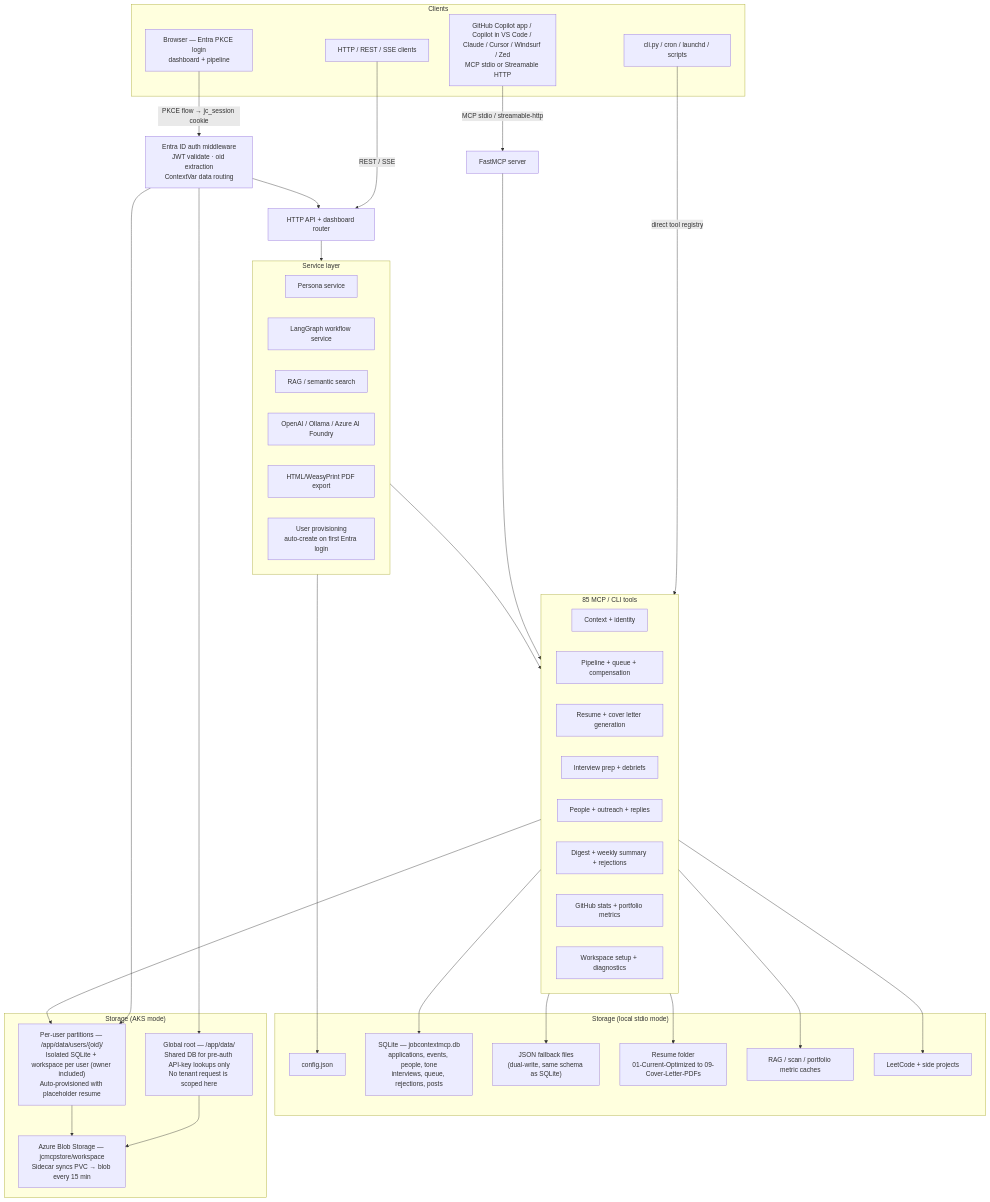
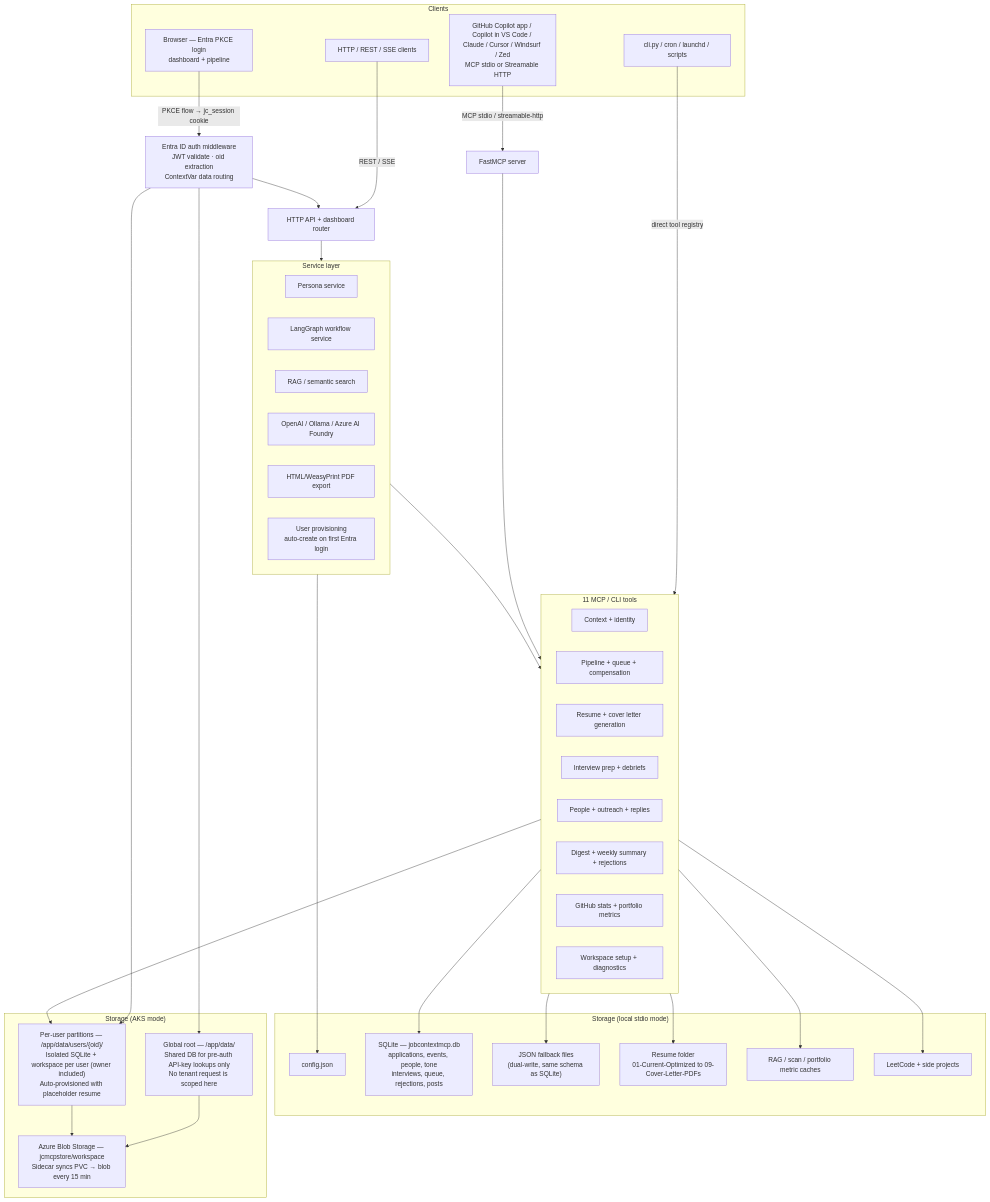
One commit to JustLikeFrank3/jobContextMCP changed the first of 3 diagrams in README.md. Above: the diagram before and after it, drawn with Mermaid. The commit also changed other lines of this file and 1 other file, not shown here.

````diff
--- a/README.md
+++ b/README.md
@@ -146,66 +146,66 @@
 ```mermaid
 graph TB
   subgraph CLIENTS["Clients"]
     COPILOT["GitHub Copilot app / Copilot in VS Code / Claude / Cursor / Windsurf / Zed\nMCP stdio or Streamable HTTP"]
     CLI["cli.py / cron / launchd / scripts"]
     DASH["Browser — Entra PKCE login\ndashboard + pipeline"]
     HTTPCLIENT["HTTP / REST / SSE clients"]
   end
 
   COPILOT -->|"MCP stdio / streamable-http"| MCP["FastMCP server"]
   CLI -->|"direct tool registry"| TOOLS
   DASH -->|"PKCE flow → jc_session cookie"| ENTRA["Entra ID auth middleware\nJWT validate · oid extraction\nContextVar data routing"]
   HTTPCLIENT -->|"REST / SSE"| HTTP["HTTP API + dashboard router"]
   ENTRA --> HTTP
 
   HTTP --> SERVICES
   MCP --> TOOLS
   SERVICES --> TOOLS
 
   subgraph SERVICES["Service layer"]
     PERSONA["Persona service"]
     WORKFLOW["LangGraph workflow service"]
     RAG["RAG / semantic search"]
     LLM["OpenAI / Ollama / Azure AI Foundry"]
     PDF["HTML/WeasyPrint PDF export"]
     PROV["User provisioning\nauto-create on first Entra login"]
   end
 
-  subgraph TOOLS["85 MCP / CLI tools"]
+  subgraph TOOLS["11 MCP / CLI tools"]
     CTX["Context + identity"]
     PIPE["Pipeline + queue + compensation"]
     DOCS["Resume + cover letter generation"]
     INTERVIEW["Interview prep + debriefs"]
     OUTREACH["People + outreach + replies"]
     ANALYTICS["Digest + weekly summary + rejections"]
     PORTFOLIO["GitHub stats + portfolio metrics"]
     SETUP["Workspace setup + diagnostics"]
   end
 
   subgraph FILES["Storage (local stdio mode)"]
     CONFIG["config.json"]
     SQLITE["SQLite — jobcontextmcp.db\napplications, events, people, tone\ninterviews, queue, rejections, posts"]
     DATA["JSON fallback files\n(dual-write, same schema as SQLite)"]
     MATERIALS["Resume folder\n01-Current-Optimized to 09-Cover-Letter-PDFs"]
     INDEX["RAG / scan / portfolio metric caches"]
     PROJECTS["LeetCode + side projects"]
   end
 
   subgraph AKS_FILES["Storage (AKS mode)"]
     AKS_GLOBAL["Global root — /app/data/\nShared DB for pre-auth API-key lookups only\nNo tenant request is scoped here"]
     AKS_USERS["Per-user partitions — /app/data/users/{oid}/\nIsolated SQLite + workspace per user (owner included)\nAuto-provisioned with placeholder resume"]
     BLOB["Azure Blob Storage — jcmcpstore/workspace\nSidecar syncs PVC → blob every 15 min"]
   end
 
   SERVICES --> CONFIG
   TOOLS --> SQLITE
   TOOLS --> DATA
   TOOLS --> MATERIALS
   TOOLS --> INDEX
   TOOLS --> PROJECTS
   TOOLS --> AKS_USERS
   ENTRA --> AKS_USERS
   ENTRA --> AKS_GLOBAL
   AKS_GLOBAL --> BLOB
   AKS_USERS --> BLOB
 ```
````
